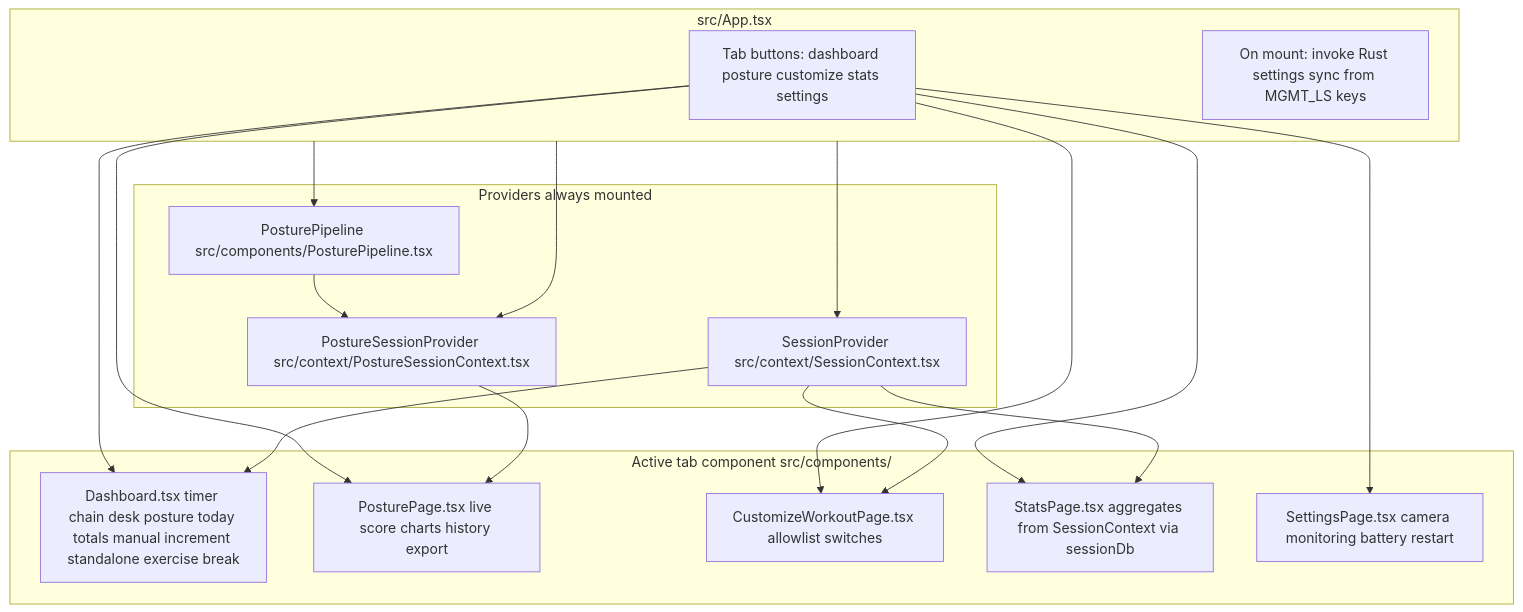
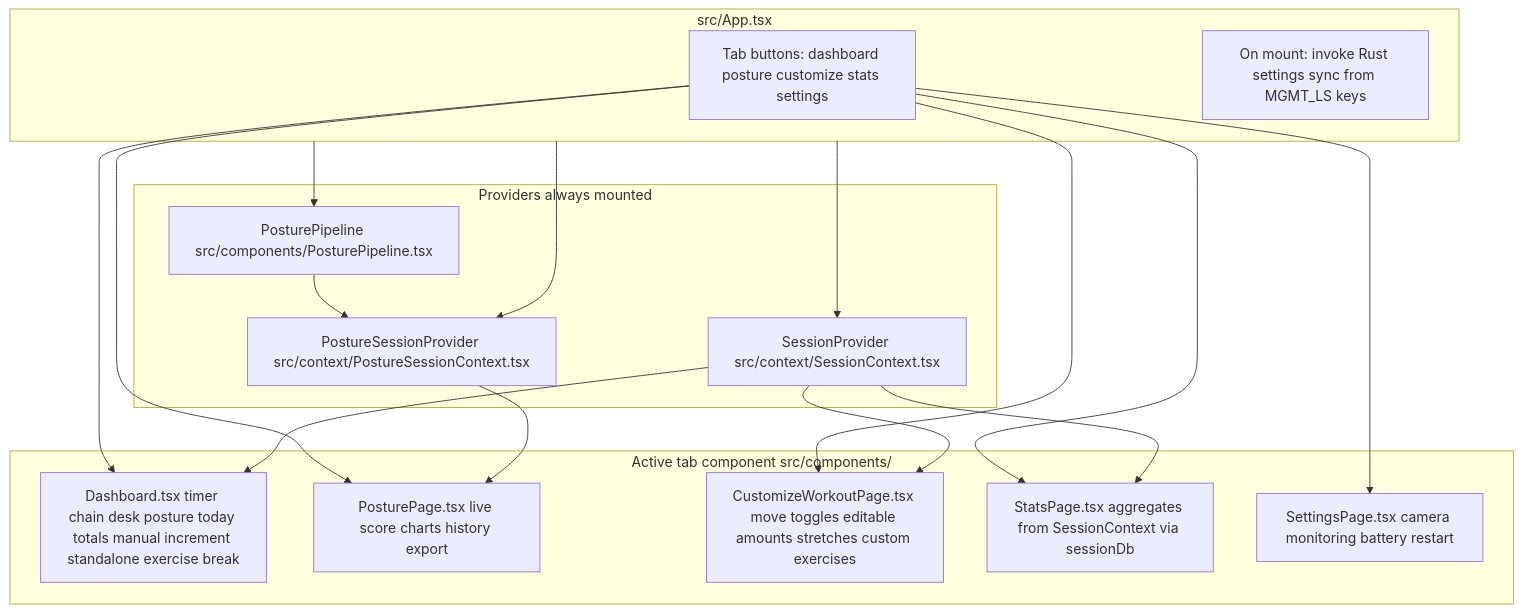
The first of 3 diagrams in docs/ARCHITECTURE.md (jdserenity/management), drawn with Mermaid before and after one commit. The commit also changed other lines of this file and 8 other files, not shown here.

````diff
--- a/docs/ARCHITECTURE.md
+++ b/docs/ARCHITECTURE.md
@@ -46,32 +46,32 @@
 ```mermaid
 flowchart TB
   subgraph app["src/App.tsx"]
     nav["Tab buttons: dashboard posture customize stats settings"]
     boot["On mount: invoke Rust settings sync from MGMT_LS keys"]
   end
   subgraph providers["Providers always mounted"]
     SP["SessionProvider src/context/SessionContext.tsx"]
     PSP["PostureSessionProvider src/context/PostureSessionContext.tsx"]
     PL["PosturePipeline src/components/PosturePipeline.tsx"]
   end
   subgraph tabs["Active tab component src/components/"]
     D["Dashboard.tsx timer chain desk posture today totals manual increment standalone exercise break"]
     PPg["PosturePage.tsx live score charts history export"]
-    CW["CustomizeWorkoutPage.tsx allowlist switches"]
+    CW["CustomizeWorkoutPage.tsx move toggles editable amounts stretches custom exercises"]
     ST["StatsPage.tsx aggregates from SessionContext via sessionDb"]
     SE["SettingsPage.tsx camera monitoring battery restart"]
   end
   nav --> D
   nav --> PPg
   nav --> CW
   nav --> ST
   nav --> SE
   app --> SP
   app --> PSP
   app --> PL
   SP --> D
   SP --> CW
   SP --> ST
   PSP --> PPg
   PL --> PSP
 ```
````
